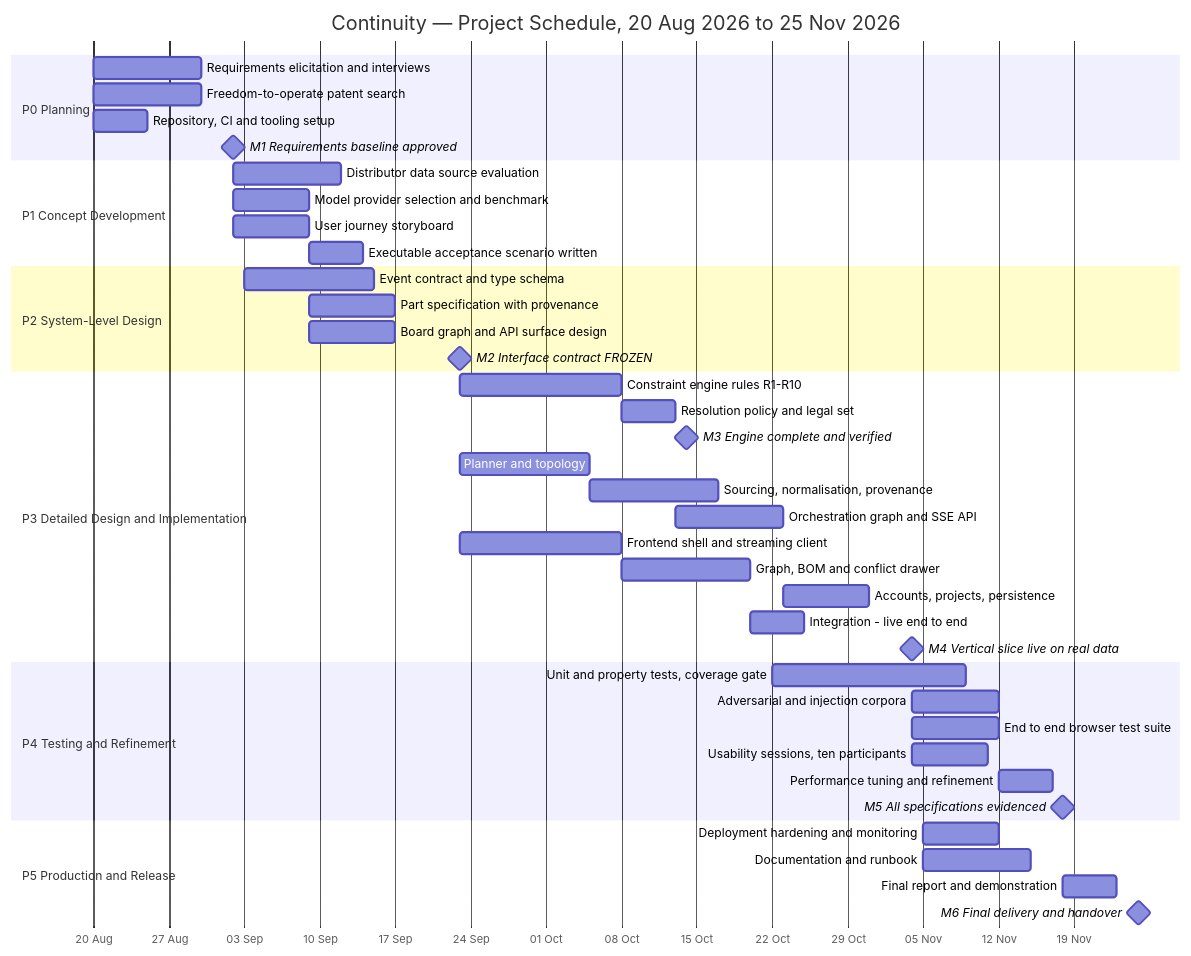
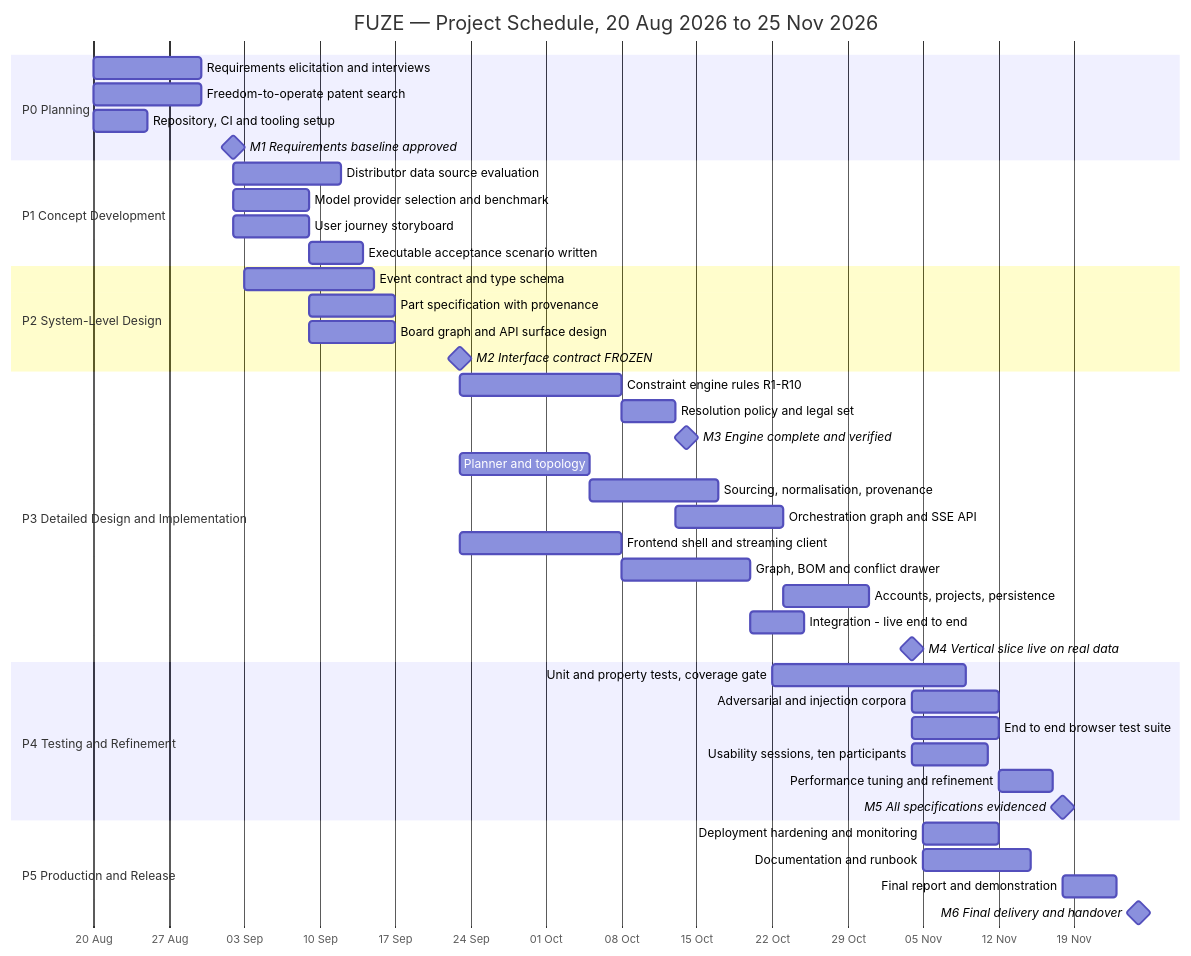
The fourth of 4 diagrams in docs/PROPOSAL.md (Armaan-king/Continuity-SC3040), drawn with Mermaid before and after one commit. The commit also changed other lines of this file and 225 other files, not shown here.

````diff
--- a/docs/PROPOSAL.md
+++ b/docs/PROPOSAL.md
@@ -640,53 +640,53 @@
 ```mermaid
 gantt
-    title Continuity — Project Schedule, 20 Aug 2026 to 25 Nov 2026
+    title FUZE — Project Schedule, 20 Aug 2026 to 25 Nov 2026
     dateFormat YYYY-MM-DD
     axisFormat %d %b
     tickInterval 1week
     weekday thursday
 
     section P0 Planning
     Requirements elicitation and interviews   :p0a, 2026-08-20, 10d
     Freedom-to-operate patent search          :p0b, 2026-08-20, 10d
     Repository, CI and tooling setup          :p0c, 2026-08-20, 5d
     M1 Requirements baseline approved         :milestone, m1, 2026-09-02, 0d
 
     section P1 Concept Development
     Distributor data source evaluation        :p1a, after m1, 10d
     Model provider selection and benchmark    :p1b, after m1, 7d
     User journey storyboard                   :p1c, after m1, 7d
     Executable acceptance scenario written    :p1d, after p1c, 5d
 
     section P2 System-Level Design
     Event contract and type schema            :p2a, 2026-09-03, 12d
     Part specification with provenance        :p2b, 2026-09-09, 8d
     Board graph and API surface design        :p2c, 2026-09-09, 8d
     M2 Interface contract FROZEN              :milestone, m2, 2026-09-23, 0d
 
     section P3 Detailed Design and Implementation
     Constraint engine rules R1-R10            :p3a, after m2, 15d
     Resolution policy and legal set           :p3b, after p3a, 5d
     M3 Engine complete and verified           :milestone, m3, 2026-10-14, 0d
     Planner and topology                      :p3c, after m2, 12d
     Sourcing, normalisation, provenance       :p3d, after p3c, 12d
     Orchestration graph and SSE API           :p3e, after p3b, 10d
     Frontend shell and streaming client       :p3f, after m2, 15d
     Graph, BOM and conflict drawer            :p3g, after p3f, 12d
     Accounts, projects, persistence           :p3h, after p3e, 8d
     Integration - live end to end             :p3i, after p3g, 5d
     M4 Vertical slice live on real data       :milestone, m4, 2026-11-04, 0d
 
     section P4 Testing and Refinement
     Unit and property tests, coverage gate    :p4a, 2026-10-22, 18d
     Adversarial and injection corpora         :p4b, after m4, 8d
     End to end browser test suite             :p4e, after m4, 8d
     Usability sessions, ten participants      :p4f, after m4, 7d
     Performance tuning and refinement         :p4g, after p4b, 5d
     M5 All specifications evidenced           :milestone, m5, 2026-11-18, 0d
 
     section P5 Production and Release
     Deployment hardening and monitoring       :p5a, 2026-11-05, 7d
     Documentation and runbook                 :p5b, 2026-11-05, 10d
     Final report and demonstration            :p5c, after m5, 5d
     M6 Final delivery and handover            :milestone, m6, 2026-11-25, 0d
 ```
````
